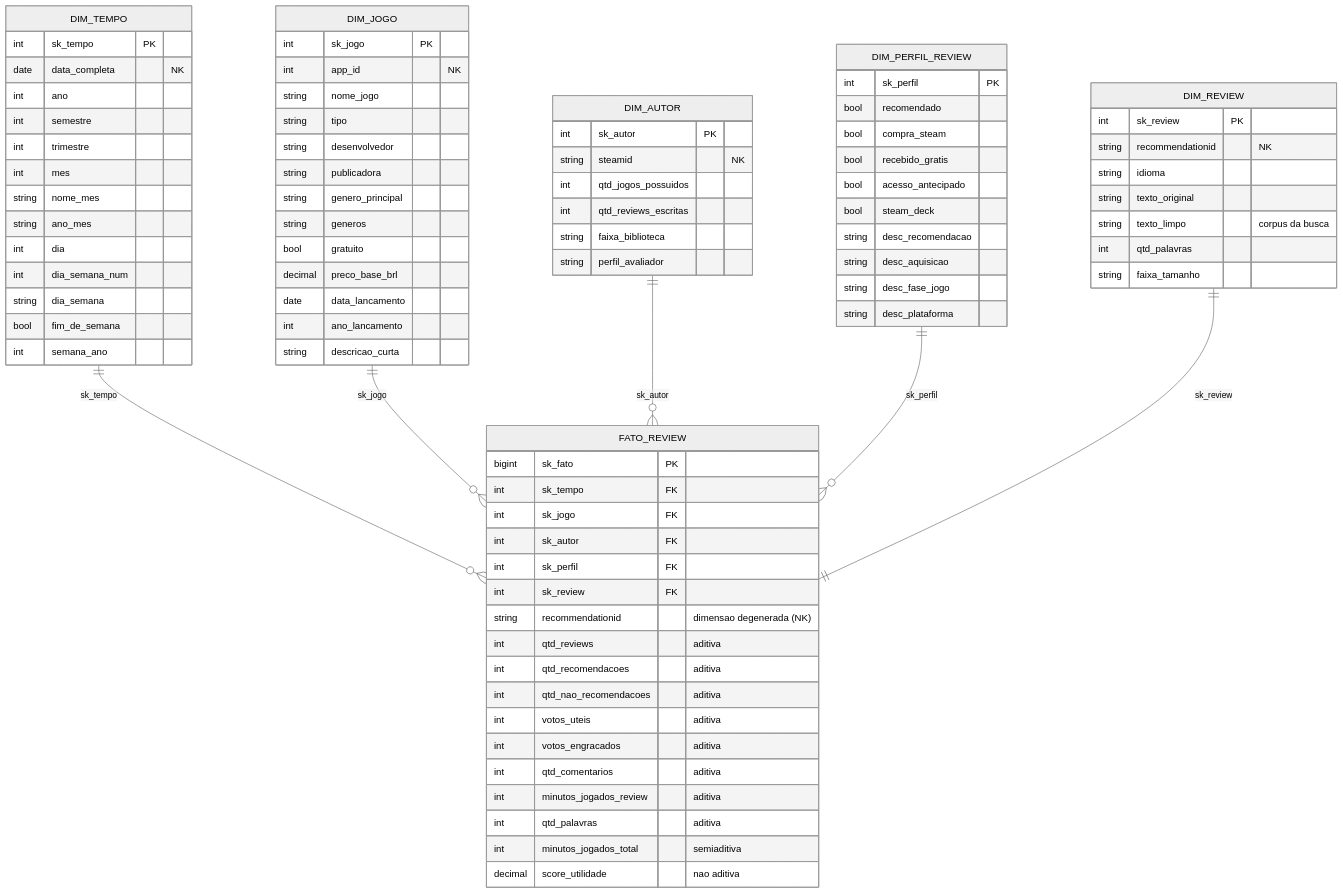
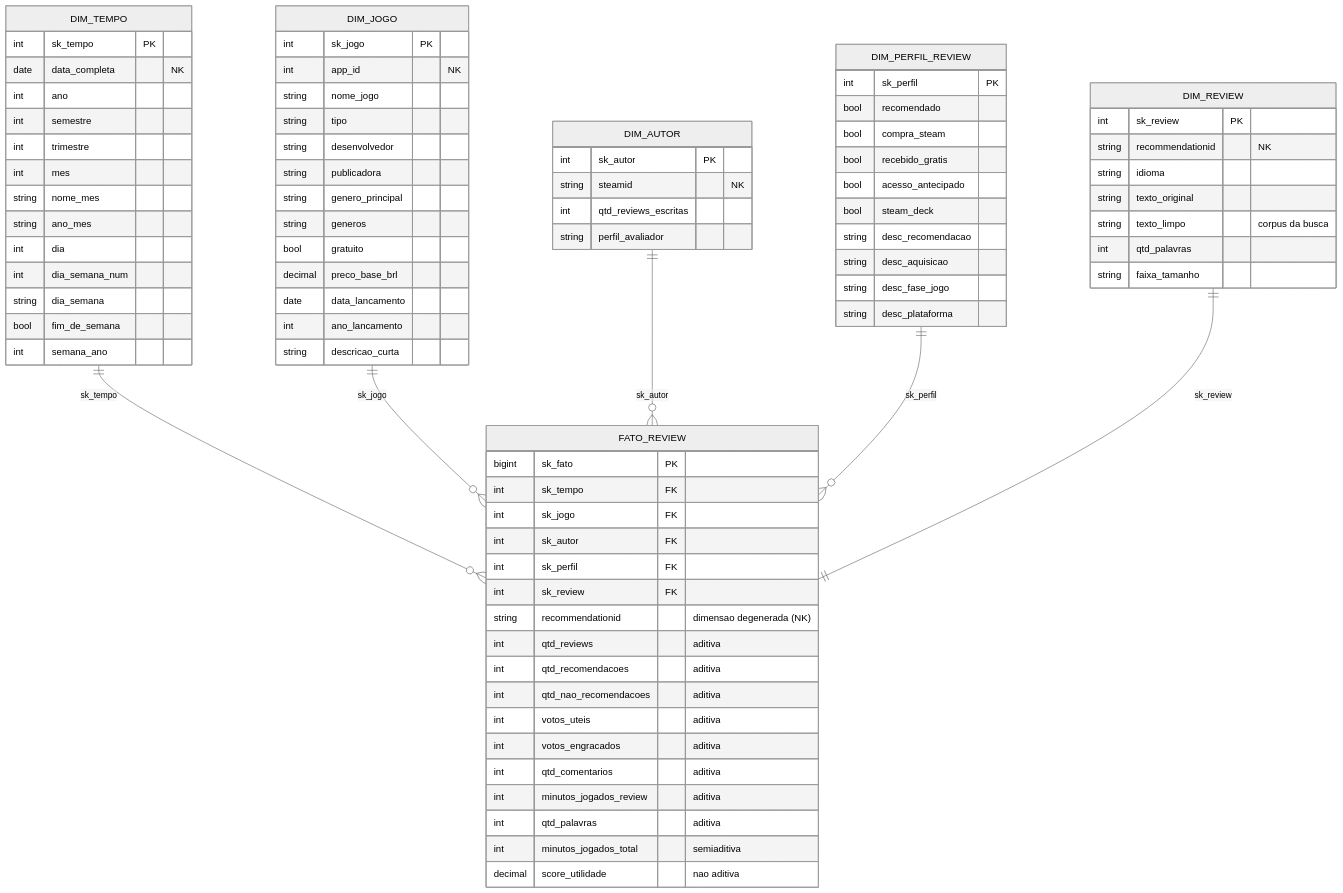
One commit to jgleao/projeto-t2-fucape changed the diagram in docs/modelo_dimensional.md. Above: the diagram before and after it, drawn with Mermaid (neutral theme). The commit also changed other lines of this file and 12 other files, not shown here.

```diff
--- a/docs/modelo_dimensional.md
+++ b/docs/modelo_dimensional.md
@@ -70,9 +70,7 @@
     DIM_AUTOR {
         int sk_autor PK
         string steamid "NK"
-        int qtd_jogos_possuidos
         int qtd_reviews_escritas
-        string faixa_biblioteca
         string perfil_avaliador
     }
     DIM_PERFIL_REVIEW {
```
